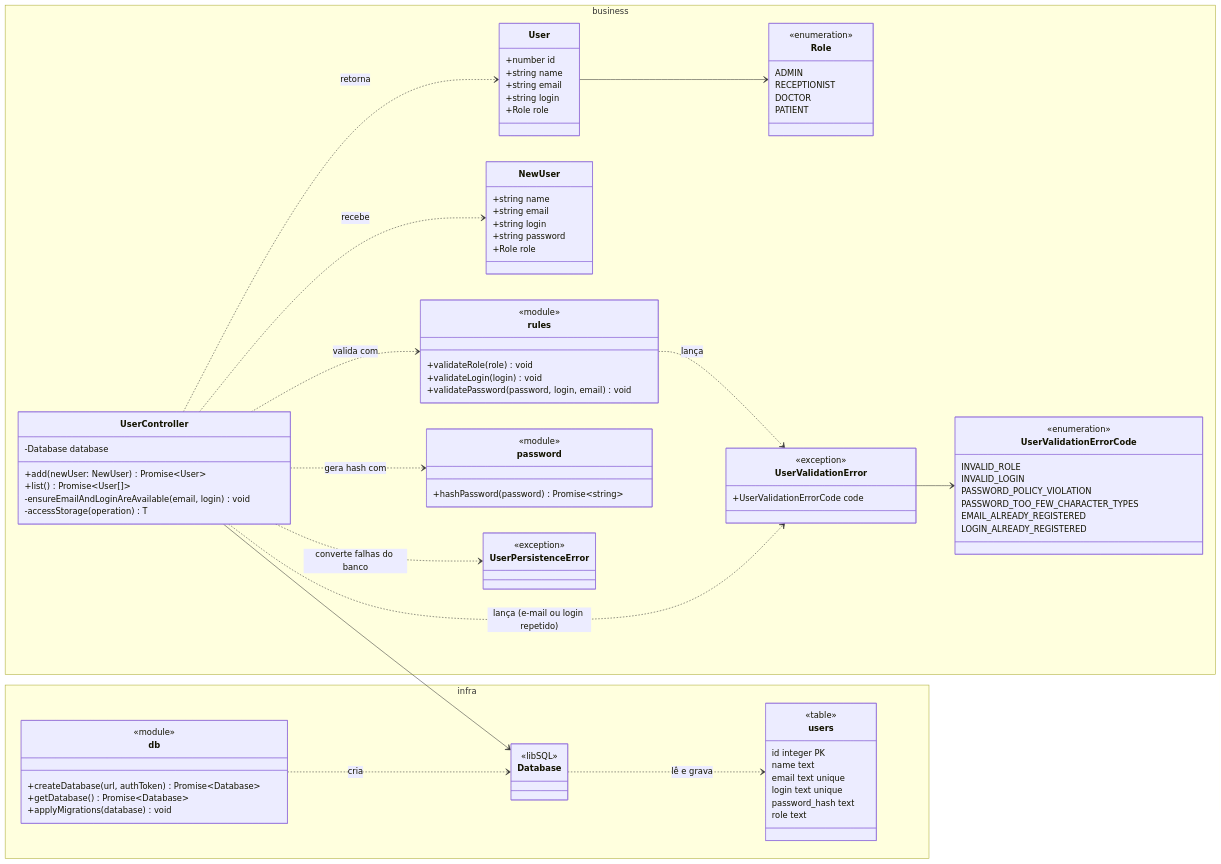
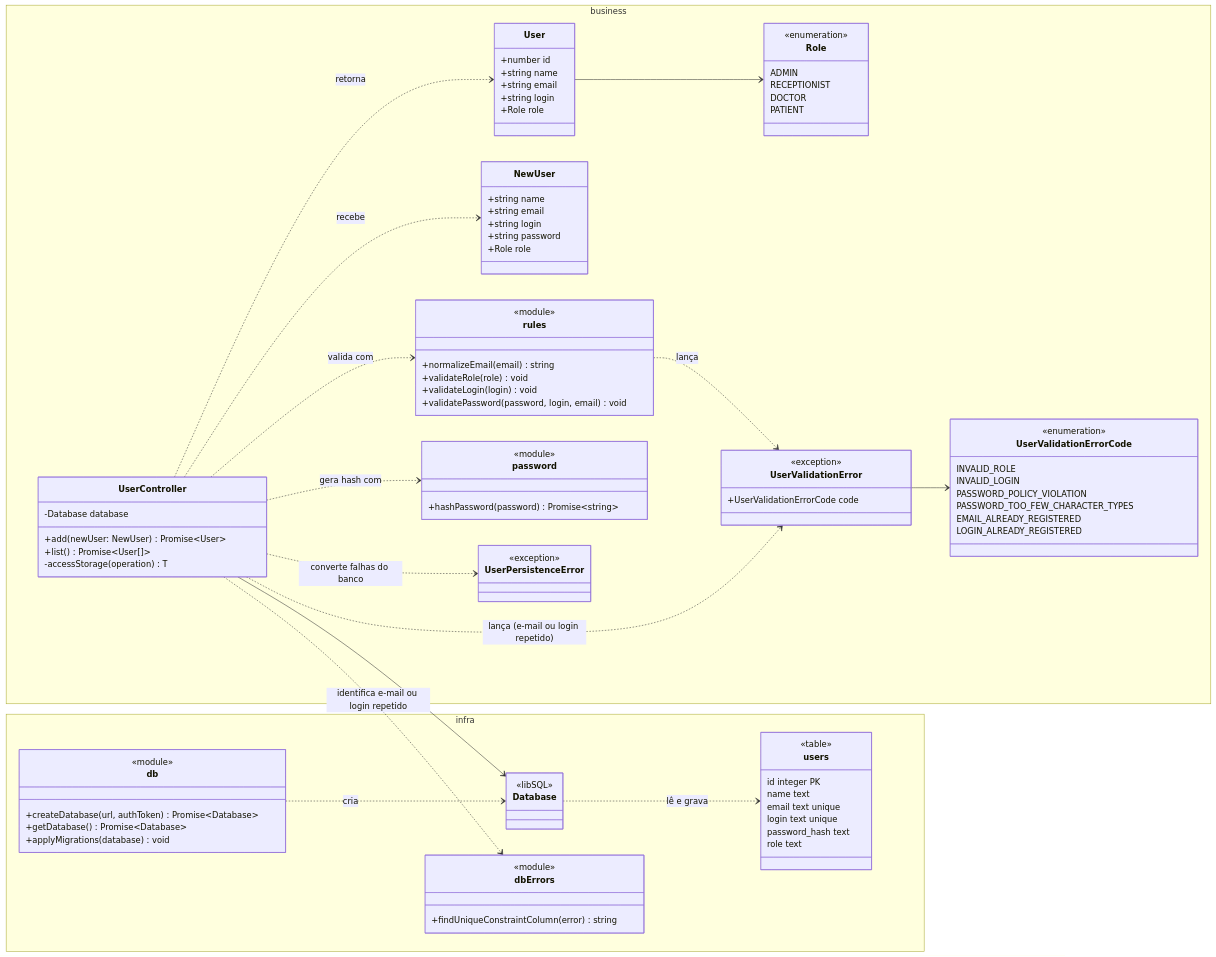
Before and after one commit to beatrizmontenegro07/projeto-metodos: the diagram in docs/08-projeto.md, drawn with Mermaid. The commit also changed other lines of this file and 1 other file, not shown here.

Commit message:
docs: document case-insensitive e-mails and concurrent duplicates
Add RF07 scenarios for an e-mail registered with different letter case
and for two simultaneous registrations with the same login, and update
the design diagram: the duplicate check now lives in the unique indexes
(findUniqueConstraintColumn) and e-mails are normalized to lowercase.

```diff
--- a/docs/08-projeto.md
+++ b/docs/08-projeto.md
@@ -60,11 +60,11 @@
             -Database database
             +add(newUser: NewUser) Promise~User~
             +list() Promise~User[]~
-            -ensureEmailAndLoginAreAvailable(email, login) void
             -accessStorage(operation) T
         }
         class rules {
             <<module>>
+            +normalizeEmail(email) string
             +validateRole(role) void
             +validateLogin(login) void
             +validatePassword(password, login, email) void
@@ -100,6 +100,10 @@
         class Database {
             <<libSQL>>
         }
+        class dbErrors {
+            <<module>>
+            +findUniqueConstraintColumn(error) string
+        }
         class users {
             <<table>>
             id integer PK
@@ -117,6 +121,7 @@
     UserController ..> rules : valida com
     UserController ..> password : gera hash com
     UserController ..> UserPersistenceError : converte falhas do banco
+    UserController ..> dbErrors : identifica e-mail ou login repetido
     User --> Role
     rules ..> UserValidationError : lança
     UserController ..> UserValidationError : lança (e-mail ou login repetido)
```
